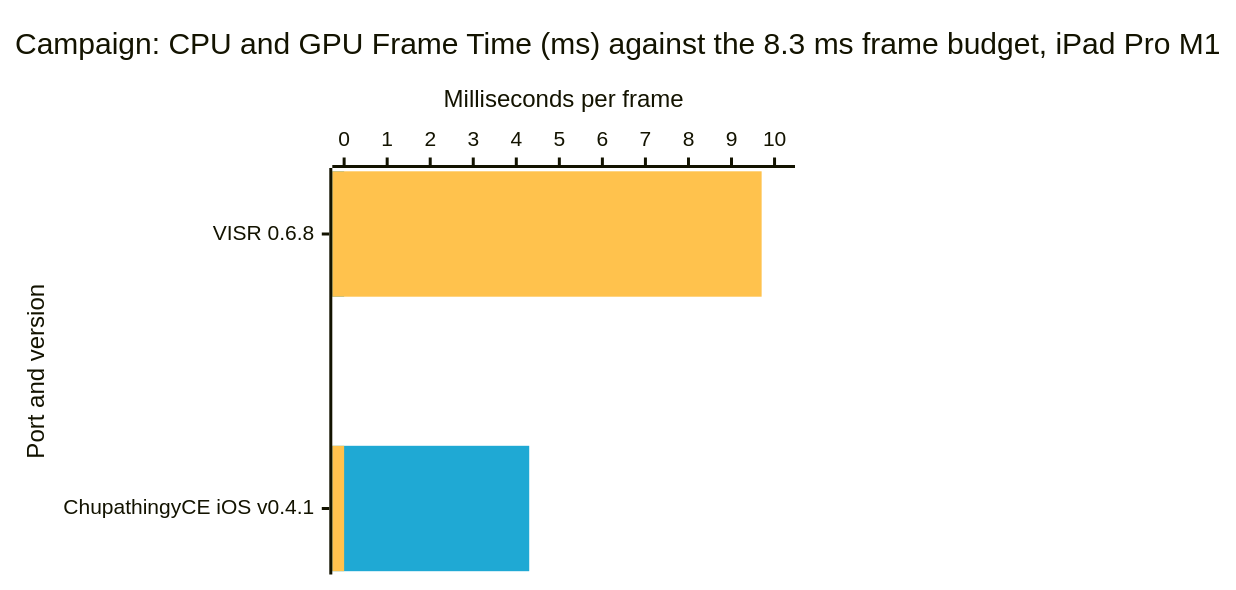
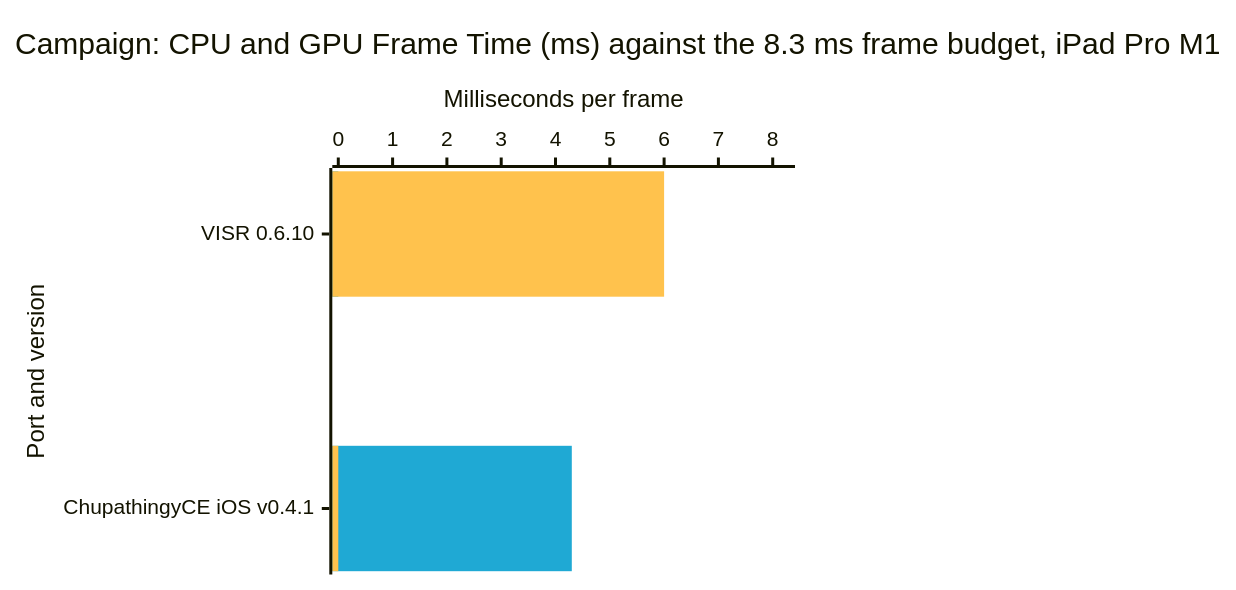
Before and after one commit to VISR-CE/visr: the third of 8 diagrams in docs/benchmarks.md, drawn with Mermaid. The commit also changed other lines of this file and 3 other files, not shown here.

````diff
--- a/docs/benchmarks.md
+++ b/docs/benchmarks.md
@@ -78,17 +78,17 @@
 ```mermaid
 ---
 config:
   xyChart:
     width: 520
     height: 373
   themeVariables:
     xyChart:
       plotColorPalette: "#1fa9d4, #ffc24d"
 ---
 xychart-beta horizontal
     title "Campaign: CPU and GPU Frame Time (ms) against the 8.3 ms frame budget, iPad Pro M1"
-    x-axis "Port and version" ["VISR 0.6.8", "ChupathingyCE iOS v0.4.1"]
-    y-axis "Milliseconds per frame" 0 --> 10.2
+    x-axis "Port and version" ["VISR 0.6.10", "ChupathingyCE iOS v0.4.1"]
+    y-axis "Milliseconds per frame" 0 --> 8.3
     bar [0, 4.3]
-    bar [9.7, 0]
+    bar [6, 0]
 ```
````
